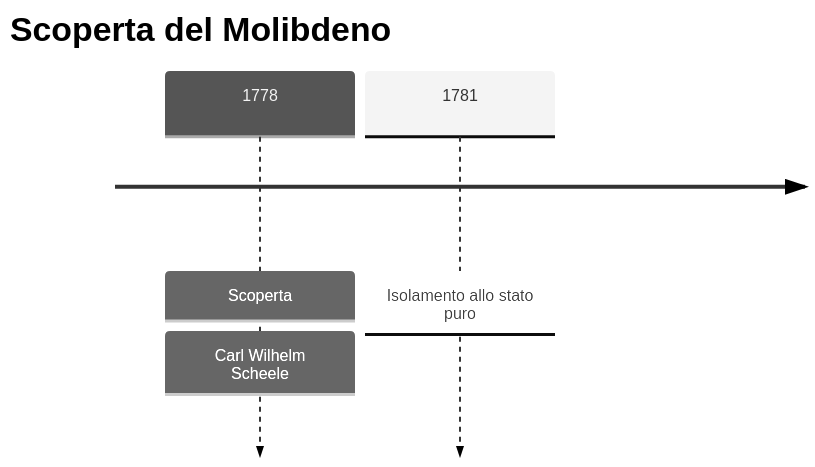
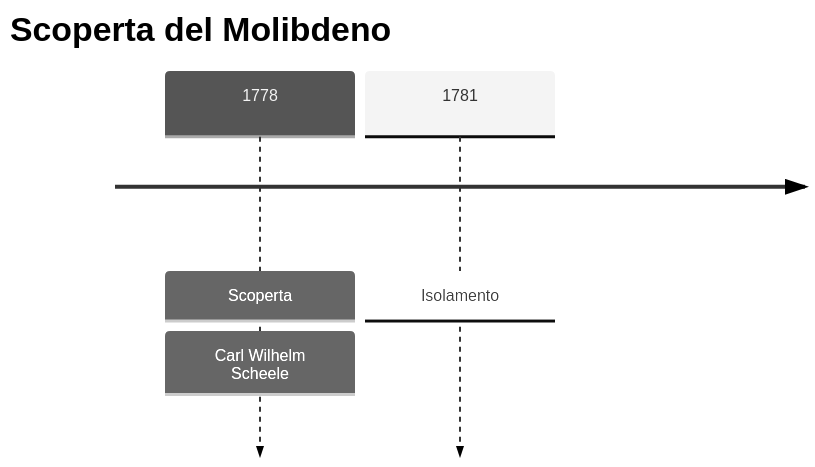
The first of 3 diagrams in vault/Elementi/Molibdeno.md (gianlucaciarcelluti/elements-caos), drawn with Mermaid (neutral theme) before and after one commit. The commit also changed 56 other files, not shown here.

````diff
--- a/vault/Elementi/Molibdeno.md
+++ b/vault/Elementi/Molibdeno.md
@@ -28,6 +28,6 @@
 ```mermaid
 timeline
     title Scoperta del Molibdeno
     1778 : Scoperta : Carl Wilhelm Scheele
-    1781 : Isolamento allo stato puro
+    1781 : Isolamento
 ```
````
